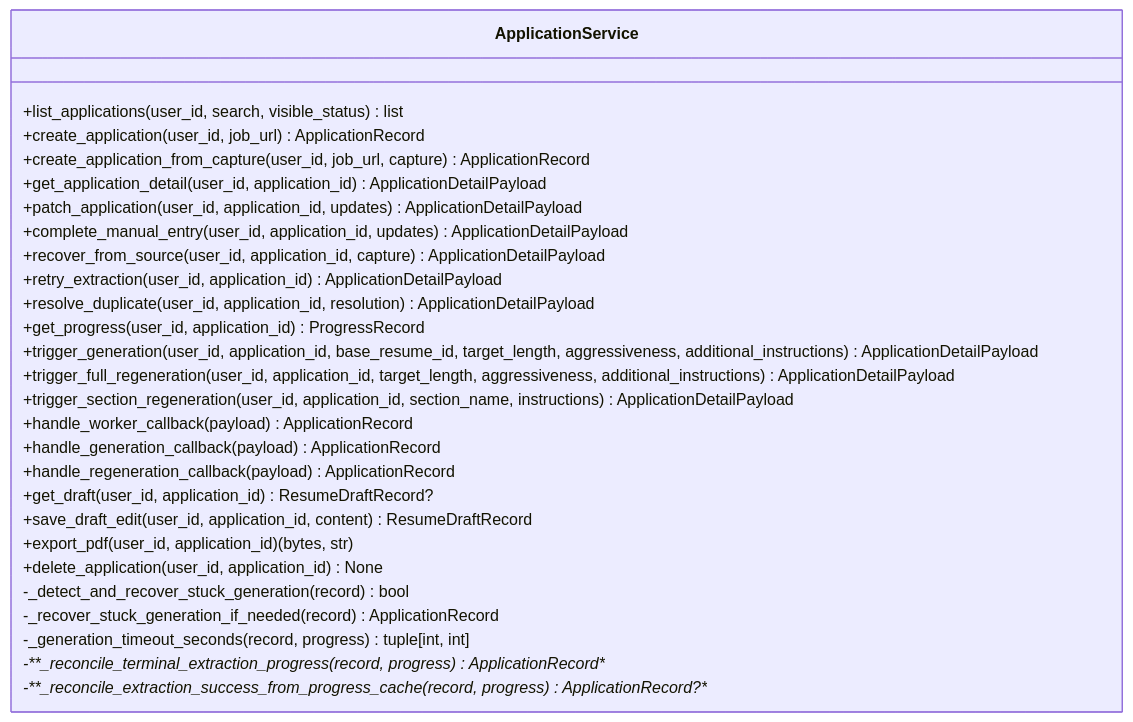
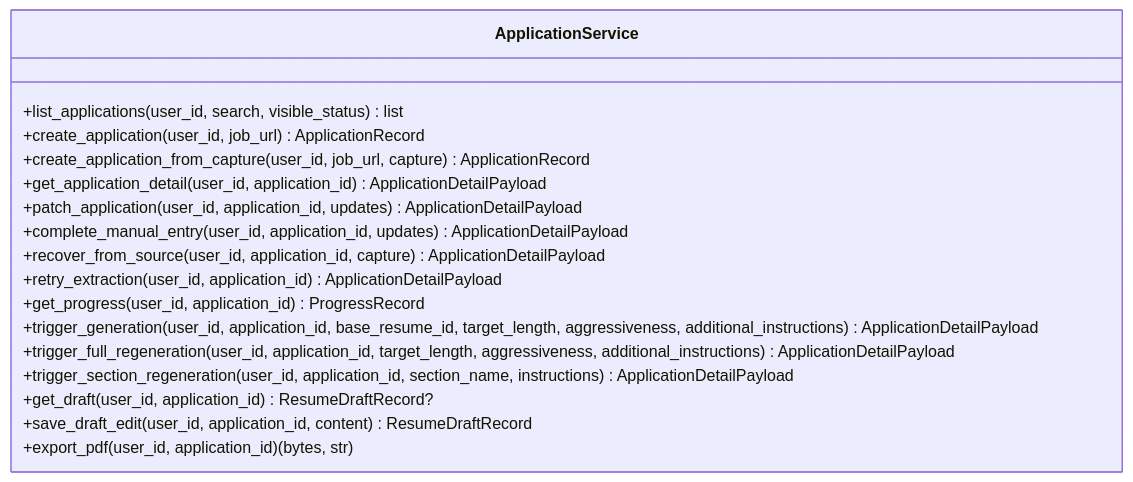
One commit to sankaL/resume-app changed the third of 8 diagrams in .qoder/repowiki/en/content/Backend API/Service Layer/Application Manager Service.md. Above: the diagram before and after it, drawn with Mermaid. The commit also changed other lines of this file and 7 other files, not shown here.

````diff
--- a/.qoder/repowiki/en/content/Backend API/Service Layer/Application Manager Service.md
+++ b/.qoder/repowiki/en/content/Backend API/Service Layer/Application Manager Service.md
@@ -219,30 +177,20 @@
 ```mermaid
 classDiagram
 class ApplicationService {
 +list_applications(user_id, search, visible_status) list
 +create_application(user_id, job_url) ApplicationRecord
 +create_application_from_capture(user_id, job_url, capture) ApplicationRecord
 +get_application_detail(user_id, application_id) ApplicationDetailPayload
 +patch_application(user_id, application_id, updates) ApplicationDetailPayload
 +complete_manual_entry(user_id, application_id, updates) ApplicationDetailPayload
 +recover_from_source(user_id, application_id, capture) ApplicationDetailPayload
 +retry_extraction(user_id, application_id) ApplicationDetailPayload
-+resolve_duplicate(user_id, application_id, resolution) ApplicationDetailPayload
 +get_progress(user_id, application_id) ProgressRecord
 +trigger_generation(user_id, application_id, base_resume_id, target_length, aggressiveness, additional_instructions) ApplicationDetailPayload
 +trigger_full_regeneration(user_id, application_id, target_length, aggressiveness, additional_instructions) ApplicationDetailPayload
 +trigger_section_regeneration(user_id, application_id, section_name, instructions) ApplicationDetailPayload
-+handle_worker_callback(payload) ApplicationRecord
-+handle_generation_callback(payload) ApplicationRecord
-+handle_regeneration_callback(payload) ApplicationRecord
 +get_draft(user_id, application_id) ResumeDraftRecord?
 +save_draft_edit(user_id, application_id, content) ResumeDraftRecord
 +export_pdf(user_id, application_id) (bytes, str)
-+delete_application(user_id, application_id) None
--_detect_and_recover_stuck_generation(record) bool
--_recover_stuck_generation_if_needed(record) ApplicationRecord
--_generation_timeout_seconds(record, progress) tuple[int, int]
--**_reconcile_terminal_extraction_progress(record, progress) ApplicationRecord**
--**_reconcile_extraction_success_from_progress_cache(record, progress) ApplicationRecord?**
 }
 ```
````
